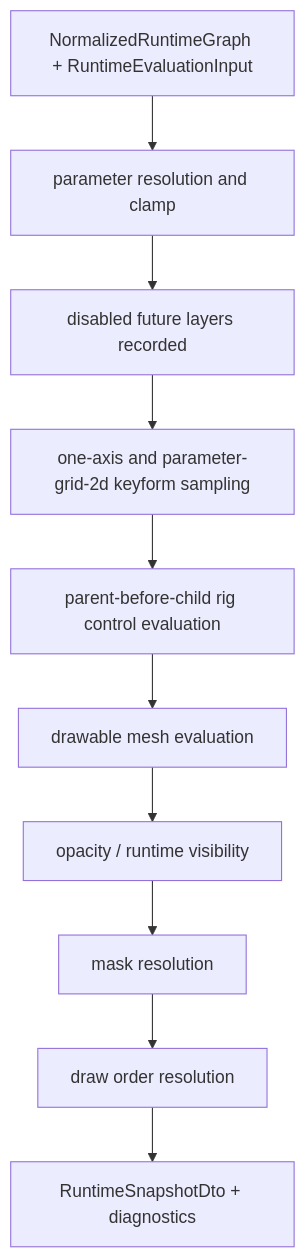
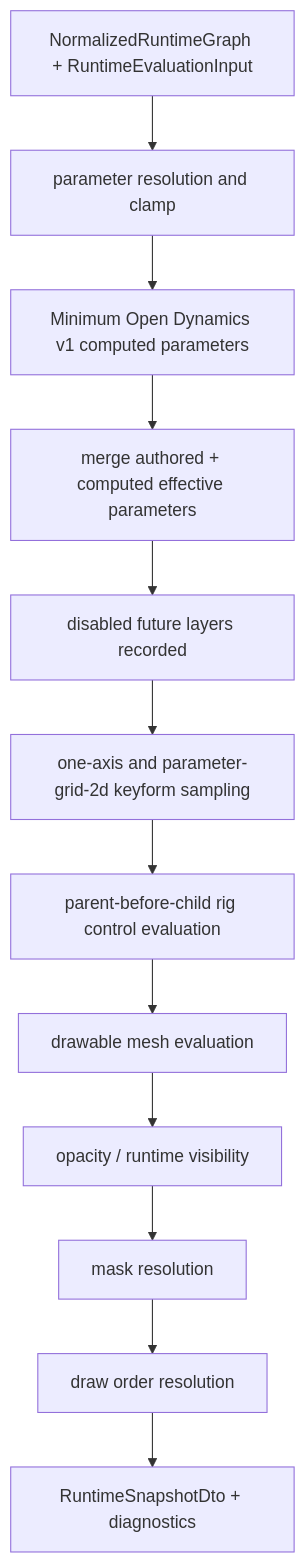
One commit to remie-code/2d-rigging-lab changed the diagram in discussion/design/module-contracts/runtime-core-contract.md. Above: the diagram before and after it, drawn with Mermaid. The commit also changed other lines of this file and 34 other files, not shown here.

````diff
--- a/discussion/design/module-contracts/runtime-core-contract.md
+++ b/discussion/design/module-contracts/runtime-core-contract.md
@@ -385,12 +483,14 @@
 ```mermaid
 flowchart TB
   input[NormalizedRuntimeGraph + RuntimeEvaluationInput] --> params[parameter resolution and clamp]
-  params --> future[disabled future layers recorded]
+  params --> dynamics[Minimum Open Dynamics v1 computed parameters]
+  dynamics --> effective[merge authored + computed effective parameters]
+  effective --> future[disabled future layers recorded]
   future --> keyforms[one-axis and parameter-grid-2d keyform sampling]
   keyforms --> rigControls[parent-before-child rig control evaluation]
   rigControls --> mesh[drawable mesh evaluation]
   mesh --> opacity[opacity / runtime visibility]
   opacity --> mask[mask resolution]
   mask --> drawOrder[draw order resolution]
   drawOrder --> snapshot[RuntimeSnapshotDto + diagnostics]
 ```
````
